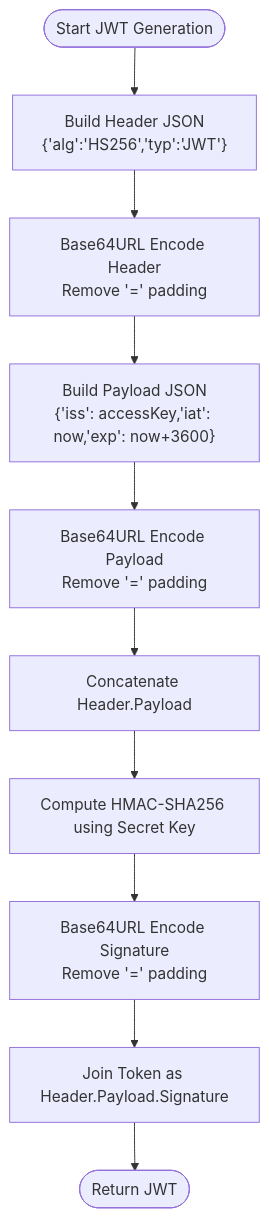
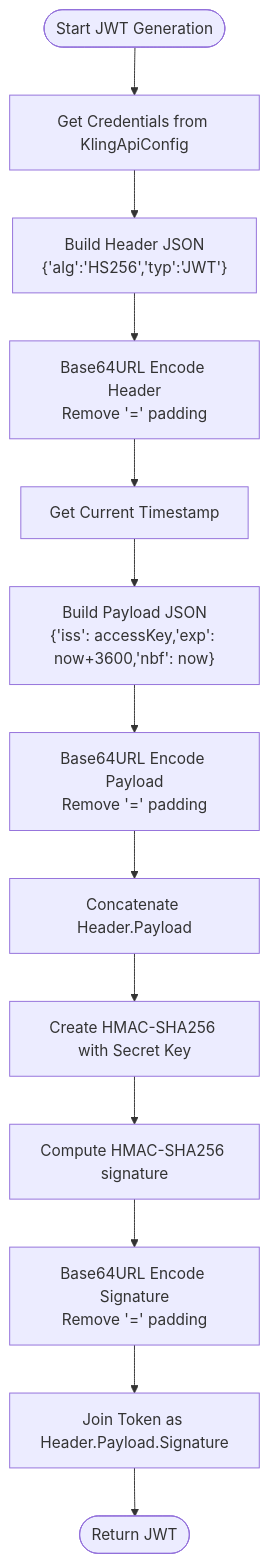
The third of 6 diagrams in .qoder/repowiki/en/content/Core Features/Authentication System.md (cripnail/kling_app), drawn with Mermaid before and after one commit. The commit also changed other lines of this file and 15 other files, not shown here.

````diff
--- a/.qoder/repowiki/en/content/Core Features/Authentication System.md
+++ b/.qoder/repowiki/en/content/Core Features/Authentication System.md
@@ -112,12 +133,15 @@
 ```mermaid
 flowchart TD
-Start(["Start JWT Generation"]) --> BuildHeader["Build Header JSON<br/>{'alg':'HS256','typ':'JWT'}"]
+Start(["Start JWT Generation"]) --> GetConfig["Get Credentials from KlingApiConfig"]
+GetConfig --> BuildHeader["Build Header JSON<br/>{'alg':'HS256','typ':'JWT'}"]
 BuildHeader --> EncodeHeader["Base64URL Encode Header<br/>Remove '=' padding"]
-EncodeHeader --> BuildPayload["Build Payload JSON<br/>{'iss': accessKey,'iat': now,'exp': now+3600}"]
+EncodeHeader --> GetTime["Get Current Timestamp"]
+GetTime --> BuildPayload["Build Payload JSON<br/>{'iss': accessKey,'exp': now+3600,'nbf': now}"]
 BuildPayload --> EncodePayload["Base64URL Encode Payload<br/>Remove '=' padding"]
 EncodePayload --> Concat["Concatenate Header.Payload"]
-Concat --> Sign["Compute HMAC-SHA256 using Secret Key"]
+Concat --> CreateHMAC["Create HMAC-SHA256 with Secret Key"]
+CreateHMAC --> Sign["Compute HMAC-SHA256 signature"]
 Sign --> EncodeSignature["Base64URL Encode Signature<br/>Remove '=' padding"]
 EncodeSignature --> Join["Join Token as Header.Payload.Signature"]
 Join --> End(["Return JWT"])
 ```
````
